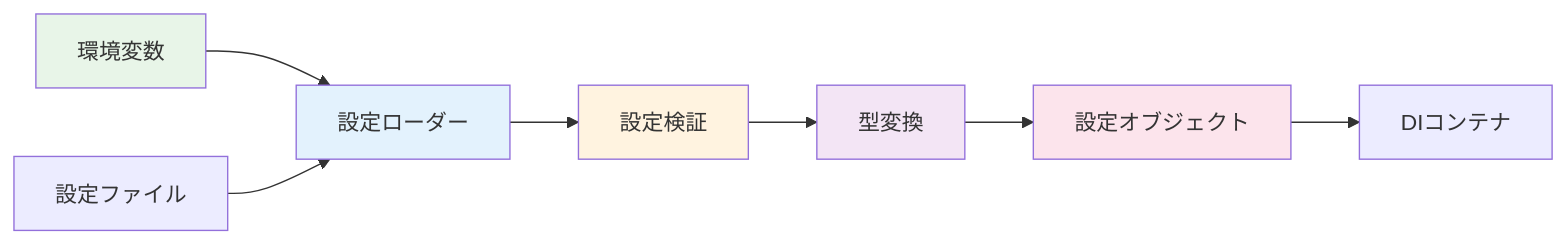
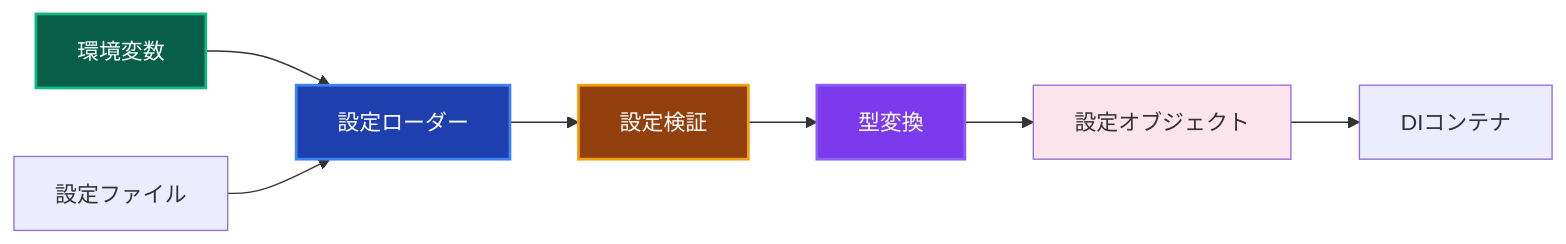
The second of 2 diagrams in _DOCS/guides/ddd/layers/components/configuration-management.md (derushio/d-next-ddd-example), drawn with Mermaid before and after one commit. The commit also changed other lines of this file and 31 other files, not shown here.

Commit message:
🎨: DOCSのMermaid図表カラーテーマを暗色に統一し視認性を向上

````diff
--- a/_DOCS/guides/ddd/layers/components/configuration-management.md
+++ b/_DOCS/guides/ddd/layers/components/configuration-management.md
@@ -46,15 +46,15 @@
 ```mermaid
 graph LR
     ENV[環境変数] --> LOADER[設定ローダー]
     FILE[設定ファイル] --> LOADER
     LOADER --> VALIDATOR[設定検証]
     VALIDATOR --> PARSER[型変換]
     PARSER --> CONFIG[設定オブジェクト]
     CONFIG --> DI[DIコンテナ]
     
-    style ENV fill:#e8f5e8
-    style LOADER fill:#e3f2fd
-    style VALIDATOR fill:#fff3e0
-    style PARSER fill:#f3e5f5
+    style ENV fill:#065f46,stroke:#10b981,stroke-width:2px,color:#ffffff
+    style LOADER fill:#1e40af,stroke:#3b82f6,stroke-width:2px,color:#ffffff
+    style VALIDATOR fill:#92400e,stroke:#f59e0b,stroke-width:2px,color:#ffffff
+    style PARSER fill:#7c3aed,stroke:#8b5cf6,stroke-width:2px,color:#ffffff
     style CONFIG fill:#fce4ec
 ```
````
